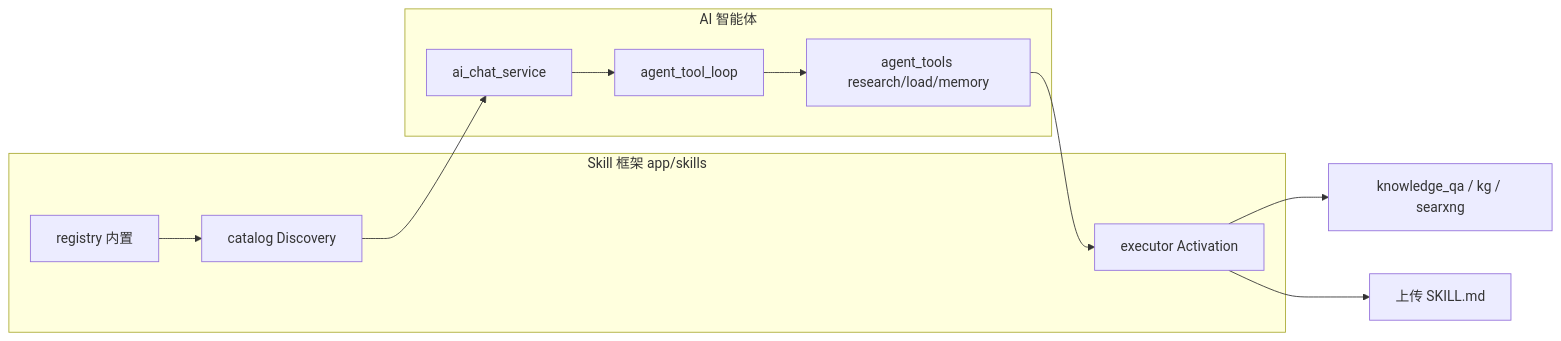
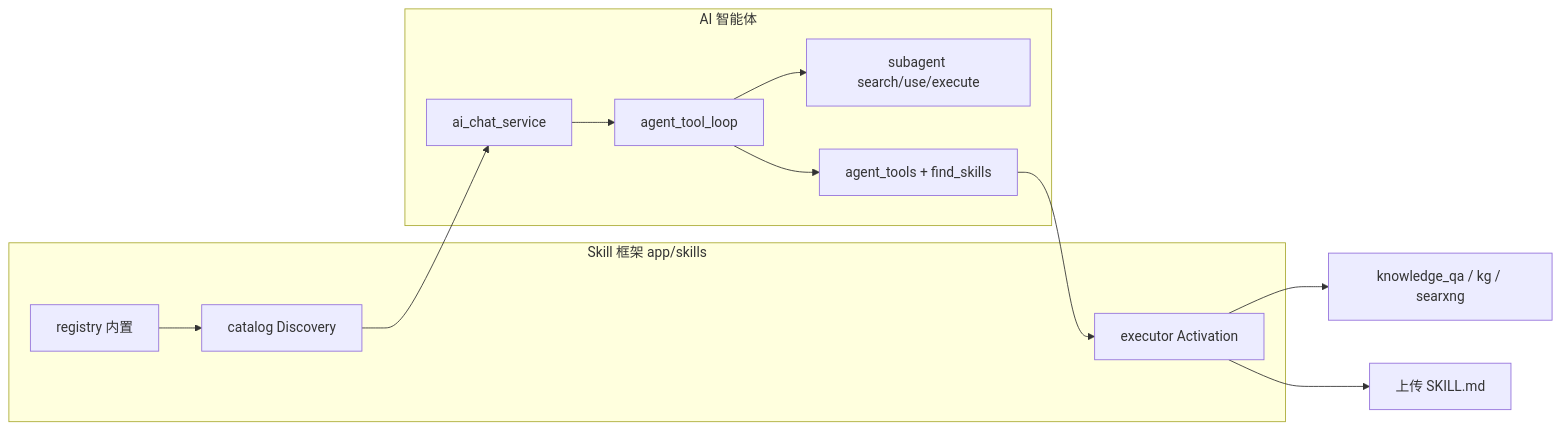
The seventh of 17 diagrams in docs/zh/development/system-architecture-overview.md (zhibinQiu/benxi), drawn with Mermaid before and after one commit. The commit also changed other lines of this file and 11 other files, not shown here.

````diff
--- a/docs/zh/development/system-architecture-overview.md
+++ b/docs/zh/development/system-architecture-overview.md
@@ -228,22 +228,24 @@
 ```mermaid
 flowchart LR
   subgraph skills [Skill 框架 app/skills]
     REG[registry 内置]
     CAT[catalog Discovery]
     EXEC[executor Activation]
   end
 
   subgraph agent [AI 智能体]
     CHAT[ai_chat_service]
     LOOP[agent_tool_loop]
-    TOOLS[agent_tools research/load/memory]
+    SUB[subagent search/use/execute]
+    TOOLS[agent_tools + find_skills]
   end
 
   REG --> CAT
   CAT --> CHAT
   CHAT --> LOOP
   LOOP --> TOOLS
+  LOOP --> SUB
   TOOLS --> EXEC
   EXEC --> KB[knowledge_qa / kg / searxng]
   EXEC --> MD[上传 SKILL.md]
 ```
````
